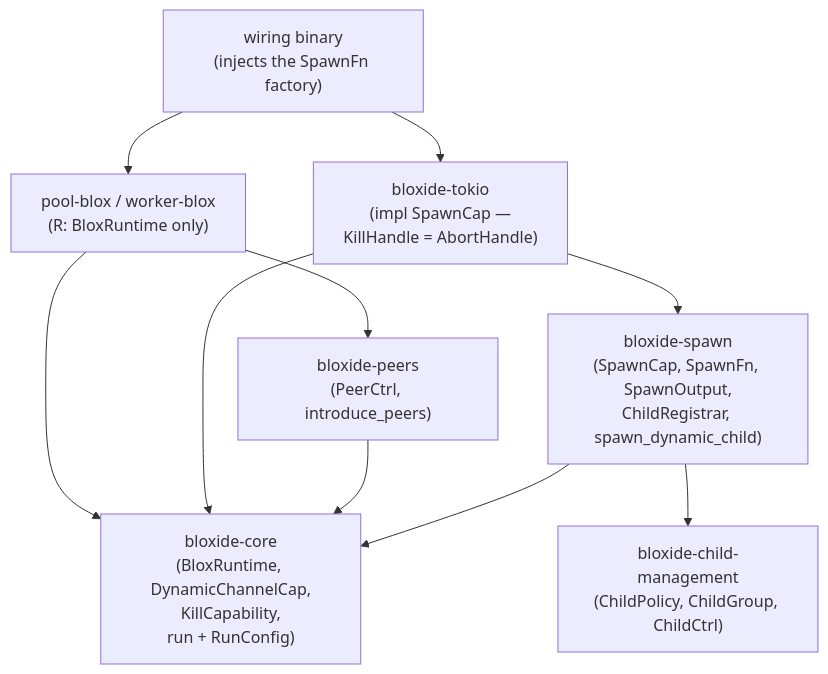
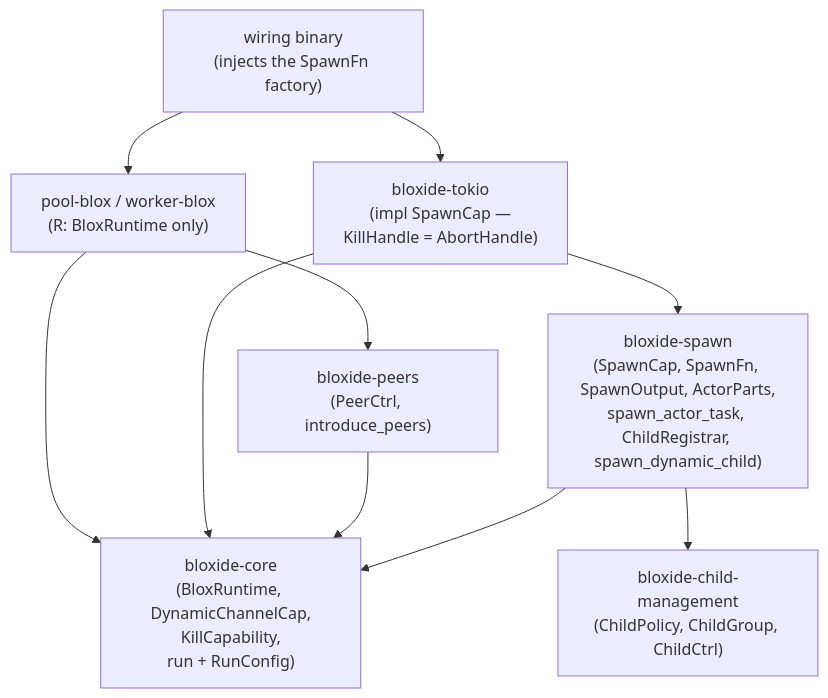
Before and after one commit to bloxide-com/bloxide: the first of 4 diagrams in spec/architecture/10-dynamic-actors.md, drawn with Mermaid. The commit also changed other lines of this file and 21 other files, not shown here.

````diff
--- a/spec/architecture/10-dynamic-actors.md
+++ b/spec/architecture/10-dynamic-actors.md
@@ -84,20 +87,20 @@
 ```mermaid
 flowchart TD
     BloxideCore["bloxide-core\n(BloxRuntime, DynamicChannelCap,\nKillCapability,\nrun + RunConfig)"]
     BloxideChildMgmt["bloxide-child-management\n(ChildPolicy, ChildGroup, ChildCtrl)"]
-    BloxideSpawn["bloxide-spawn\n(SpawnCap, SpawnFn, SpawnOutput,\nChildRegistrar, spawn_dynamic_child)"]
+    BloxideSpawn["bloxide-spawn\n(SpawnCap, SpawnFn, SpawnOutput, ActorParts,\nspawn_actor_task, ChildRegistrar, spawn_dynamic_child)"]
     BloxidePeers["bloxide-peers\n(PeerCtrl, introduce_peers)"]
     TokioRuntime["bloxide-tokio\n(impl SpawnCap —\nKillHandle = AbortHandle)"]
     PoolBlox["pool-blox / worker-blox\n(R: BloxRuntime only)"]
     WiringBinary["wiring binary\n(injects the SpawnFn factory)"]
 
     BloxideSpawn --> BloxideCore
     BloxideSpawn --> BloxideChildMgmt
     BloxidePeers --> BloxideCore
     TokioRuntime --> BloxideCore
     TokioRuntime --> BloxideSpawn
     PoolBlox --> BloxideCore
     PoolBlox --> BloxidePeers
     WiringBinary --> TokioRuntime
     WiringBinary --> PoolBlox
 ```
````
